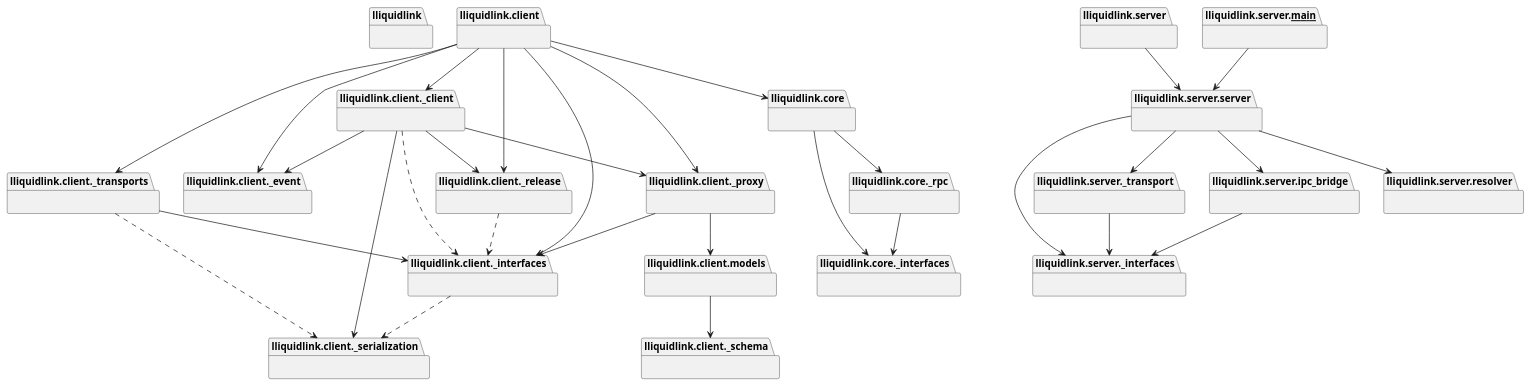
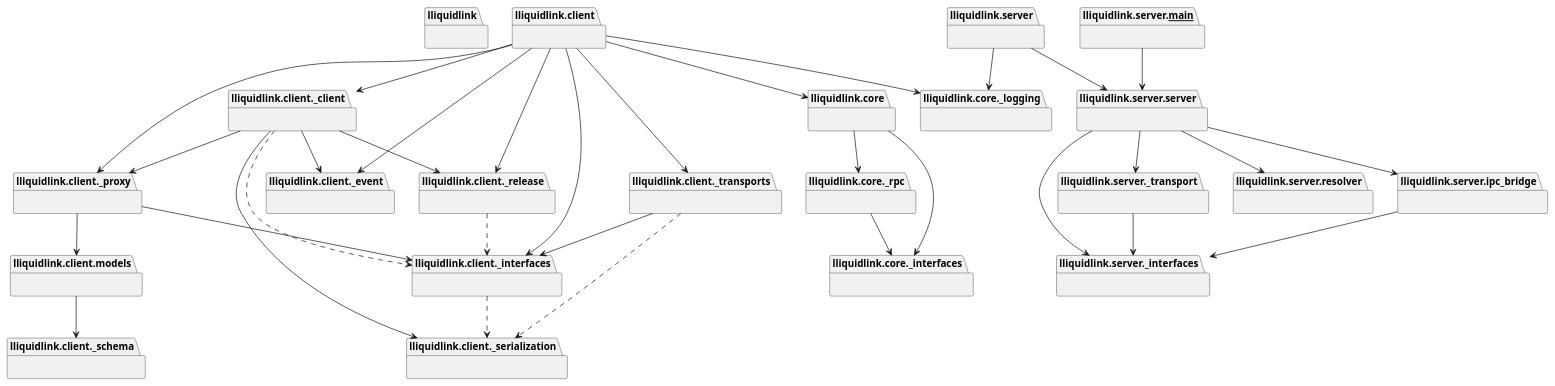
The second of 4 diagrams in Docs~/ClassDiagram.md (hide00310/UniLiquidLink), drawn with PlantUML before and after one commit. The commit also changed other lines of this file and 2 other files, not shown here.

Commit message:
chore(docs): regenerate class diagram and API docs
Reflects the dataDir/exception-unwrap fixes: adds Utils.ResolveDataDir
and Utils.UnwrapTargetInvocation to ClassDiagram.md and Server.md, the
updated ArrayLogFormatter.ToString summary to Server.md, and the new
lliquidlink.core._logging module/resolve_configured_level entry to
ClassDiagram.md and LLiquidLinkPythonAPI.md. Generated via the docs
tooling, not hand-edited.

````diff
--- a/Docs~/ClassDiagram.md
+++ b/Docs~/ClassDiagram.md
@@ -97,78 +97,82 @@
 ```plantuml
 @startuml packages_Python~_lliquidlink
 set namespaceSeparator none
 hide members
 package "lliquidlink" as lliquidlink {
 }
 package "lliquidlink.client" as lliquidlink.client {
 }
 package "lliquidlink.client._client" as lliquidlink.client._client {
 }
 package "lliquidlink.client._event" as lliquidlink.client._event {
 }
 package "lliquidlink.client._interfaces" as lliquidlink.client._interfaces {
 }
 package "lliquidlink.client._proxy" as lliquidlink.client._proxy {
 }
 package "lliquidlink.client._release" as lliquidlink.client._release {
 }
 package "lliquidlink.client._schema" as lliquidlink.client._schema {
 }
 package "lliquidlink.client._serialization" as lliquidlink.client._serialization {
 }
 package "lliquidlink.client._transports" as lliquidlink.client._transports {
 }
 package "lliquidlink.client.models" as lliquidlink.client.models {
 }
 package "lliquidlink.core" as lliquidlink.core {
 }
 package "lliquidlink.core._interfaces" as lliquidlink.core._interfaces {
 }
+package "lliquidlink.core._logging" as lliquidlink.core._logging {
+}
 package "lliquidlink.core._rpc" as lliquidlink.core._rpc {
 }
 package "lliquidlink.server" as lliquidlink.server {
 }
 package "lliquidlink.server.__main__" as lliquidlink.server.__main__ {
 }
 package "lliquidlink.server._interfaces" as lliquidlink.server._interfaces {
 }
 package "lliquidlink.server._transport" as lliquidlink.server._transport {
 }
 package "lliquidlink.server.ipc_bridge" as lliquidlink.server.ipc_bridge {
 }
 package "lliquidlink.server.resolver" as lliquidlink.server.resolver {
 }
 package "lliquidlink.server.server" as lliquidlink.server.server {
 }
 lliquidlink.client --> lliquidlink.client._client
 lliquidlink.client --> lliquidlink.client._event
 lliquidlink.client --> lliquidlink.client._interfaces
 lliquidlink.client --> lliquidlink.client._proxy
 lliquidlink.client --> lliquidlink.client._release
 lliquidlink.client --> lliquidlink.client._transports
 lliquidlink.client --> lliquidlink.core
+lliquidlink.client --> lliquidlink.core._logging
 lliquidlink.client._client --> lliquidlink.client._event
 lliquidlink.client._client --> lliquidlink.client._proxy
 lliquidlink.client._client --> lliquidlink.client._release
 lliquidlink.client._client --> lliquidlink.client._serialization
 lliquidlink.client._proxy --> lliquidlink.client._interfaces
 lliquidlink.client._proxy --> lliquidlink.client.models
 lliquidlink.client._transports --> lliquidlink.client._interfaces
 lliquidlink.client.models --> lliquidlink.client._schema
 lliquidlink.core --> lliquidlink.core._interfaces
 lliquidlink.core --> lliquidlink.core._rpc
 lliquidlink.core._rpc --> lliquidlink.core._interfaces
+lliquidlink.server --> lliquidlink.core._logging
 lliquidlink.server --> lliquidlink.server.server
 lliquidlink.server.__main__ --> lliquidlink.server.server
 lliquidlink.server._transport --> lliquidlink.server._interfaces
 lliquidlink.server.ipc_bridge --> lliquidlink.server._interfaces
 lliquidlink.server.server --> lliquidlink.server._interfaces
 lliquidlink.server.server --> lliquidlink.server._transport
 lliquidlink.server.server --> lliquidlink.server.ipc_bridge
 lliquidlink.server.server --> lliquidlink.server.resolver
 lliquidlink.client._client ..> lliquidlink.client._interfaces
 lliquidlink.client._interfaces ..> lliquidlink.client._serialization
 lliquidlink.client._release ..> lliquidlink.client._interfaces
 lliquidlink.client._transports ..> lliquidlink.client._serialization
 @enduml
 ```
````
